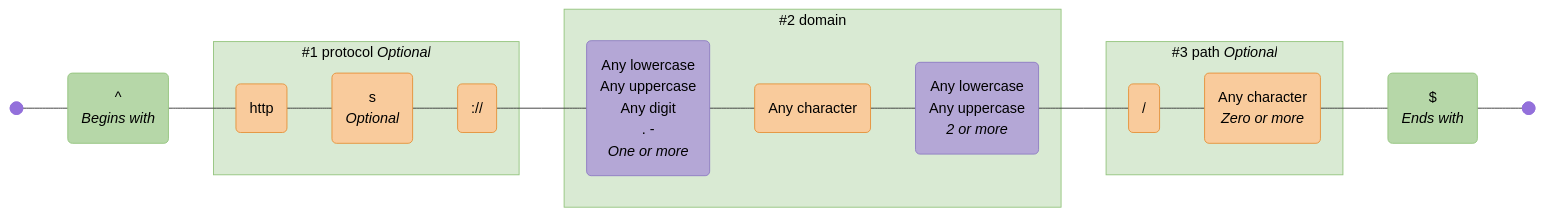
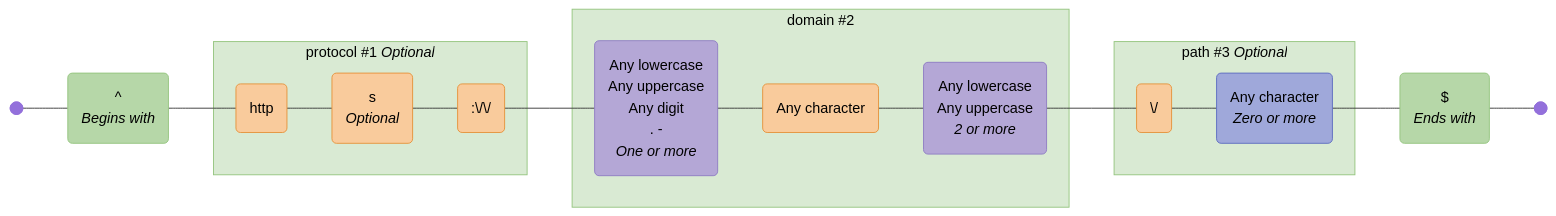
The first of 5 diagrams in THEMES.md (tayles/regex-to-mermaid), drawn with Mermaid before and after one commit. The commit also changed other lines of this file and 89 other files, not shown here.

````diff
--- a/THEMES.md
+++ b/THEMES.md
@@ -43,62 +43,63 @@
 ```mermaid
 graph LR
   accTitle: "Regex: ^(?<protocol>https?:\\/\\/)?(?<domain>[a-zA-Z0-9.-]+\\.[a-zA-Z]{2,})(?<path>\\/.*)?$"
-  accDescr: "Generated with regex-to-mermaid@1.0.4"
+  accDescr: "Generated with regex-to-mermaid@2.0.0"
 
   %% Nodes
   start@{ shape: f-circ };
   fin@{ shape: f-circ };
   assertion_1("^<br><i>Begins with</i>"):::assertion;
   literal_1("http"):::literal;
   literal_2("s<br><i>Optional</i>"):::literal;
-  literal_3("://"):::literal;
+  literal_3(":\/\/"):::literal;
   char_class_1("Any lowercase<br>Any uppercase<br>Any digit<br>. -<br><i>One or more</i>"):::char-class;
   literal_4("Any character"):::literal;
   char_class_2("Any lowercase<br>Any uppercase<br><i>2 or more</i>"):::char-class;
-  literal_5("/"):::literal;
-  literal_6("Any character<br><i>Zero or more</i>"):::literal;
+  literal_5("\/"):::literal;
+  char_set_1("Any character<br><i>Zero or more</i>"):::char-set;
   assertion_2("$<br><i>Ends with</i>"):::assertion;
 
   %% Subgraphs
-  subgraph named_capture_1 ["#1 protocol <i>Optional</i>"]
+  subgraph named_capture_1 ["protocol #1 <i>Optional</i>"]
     literal_1
     literal_2
     literal_3
   end
 
-  subgraph named_capture_2 ["#2 domain"]
+  subgraph named_capture_2 ["domain #2"]
     char_class_1
     literal_4
     char_class_2
   end
 
-  subgraph named_capture_3 ["#3 path <i>Optional</i>"]
+  subgraph named_capture_3 ["path #3 <i>Optional</i>"]
     literal_5
-    literal_6
+    char_set_1
   end
 
   %% Edges
   start --- assertion_1;
   assertion_1 --- literal_1;
   literal_1 --- literal_2;
   literal_2 --- literal_3;
   literal_3 --- char_class_1;
   char_class_1 --- literal_4;
   literal_4 --- char_class_2;
   char_class_2 --- literal_5;
-  literal_5 --- literal_6;
-  literal_6 --- assertion_2;
+  literal_5 --- char_set_1;
+  char_set_1 --- assertion_2;
   assertion_2 --- fin;
 
   %% Styles
   %% Node Styling
   classDef assertion fill:#B6D7A8,stroke:#93C47D,color:#000000;
   classDef literal fill:#F9CB9C,stroke:#E69138,color:#000000;
   classDef char-class fill:#B4A7D6,stroke:#8E7CC3,color:#000000;
+  classDef char-set fill:#9FA8DA,stroke:#5C6BC0,color:#000000;
 
   %% Group Styling
   classDef named-capture fill:#D9EAD3,stroke:#93C47D,color:#000000;
 
   %% Apply Group Classes
   class named_capture_1,named_capture_2,named_capture_3 named-capture;
 ```
````
